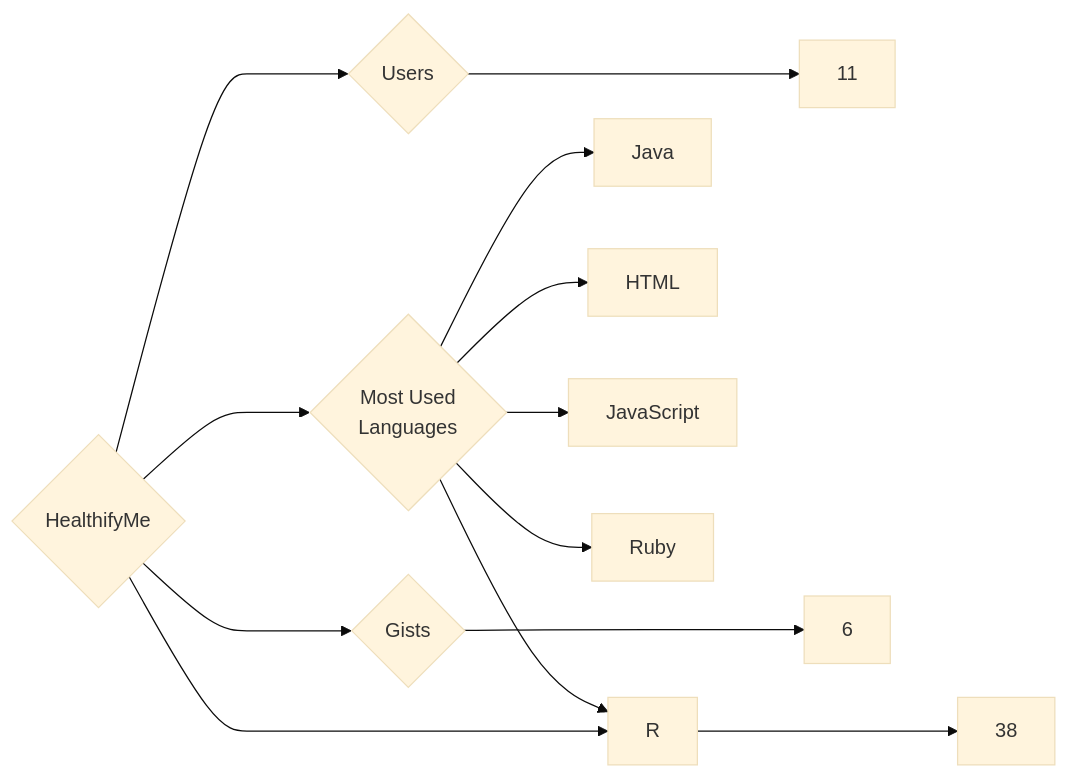
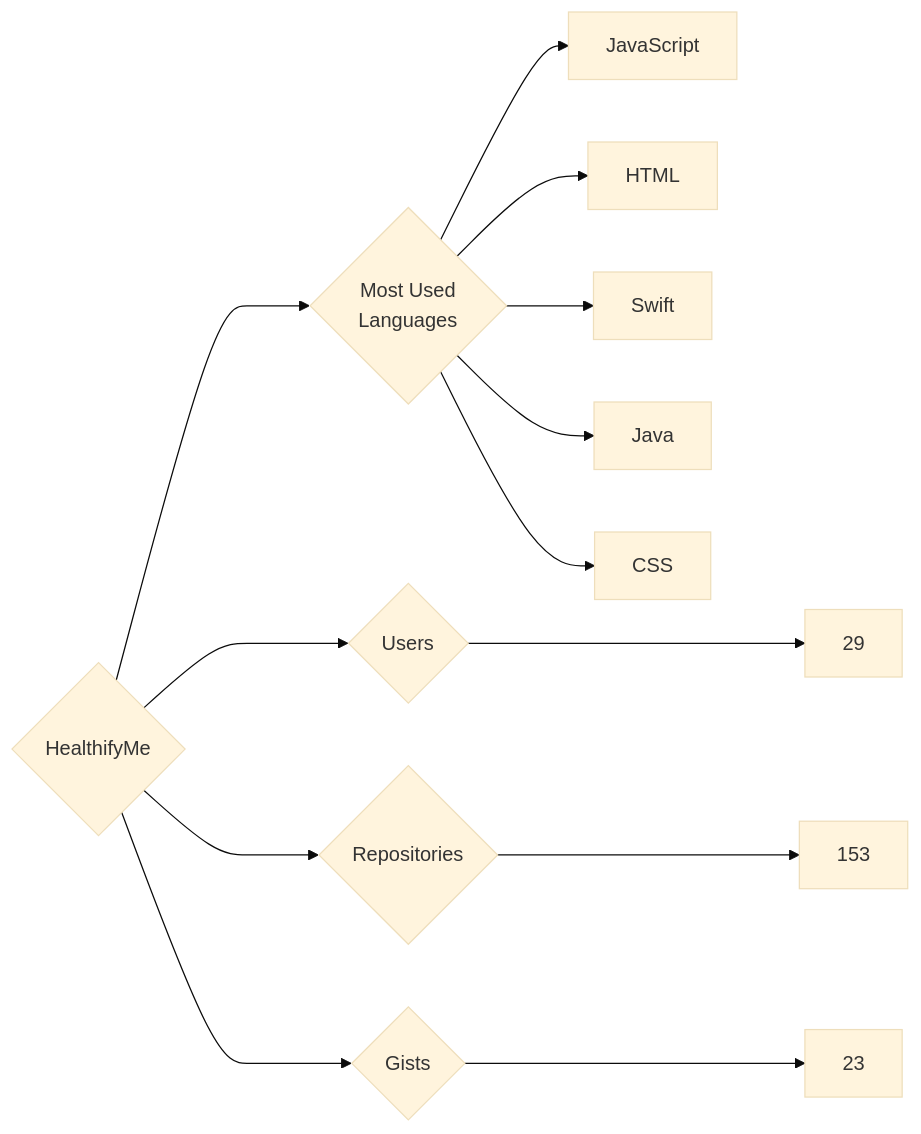
Before and after one commit to trickest/insiders: the diagram in targets/HealthifyMe/README.md, drawn with Mermaid (base theme). The commit also changed 837 other files, not shown here.

````diff
--- a/targets/HealthifyMe/README.md
+++ b/targets/HealthifyMe/README.md
@@ -3,13 +3,13 @@
 ```mermaid
 graph LR
 COMPANY_NAME{HealthifyMe}
-COMPANY_NAME ---> U{Users} ---> UN[11]
-COMPANY_NAME ---> R{Repositories} ---> RN[38]
-COMPANY_NAME ---> G{Gists} ---> GN[6]
+COMPANY_NAME ---> U{Users} ---> UN[29]
+COMPANY_NAME ---> R{Repositories} ---> RN[153]
+COMPANY_NAME ---> G{Gists} ---> GN[23]
 COMPANY_NAME ---> ML{Most Used<br>Languages}
+ML --> JavaScript[JavaScript]
+ML --> HTML[HTML]
+ML --> Swift[Swift]
 ML --> Java[Java]
-ML --> HTML[HTML]
-ML --> JavaScript[JavaScript]
-ML --> R[R]
-ML --> Ruby[Ruby]
+ML --> CSS[CSS]
 ```
````
